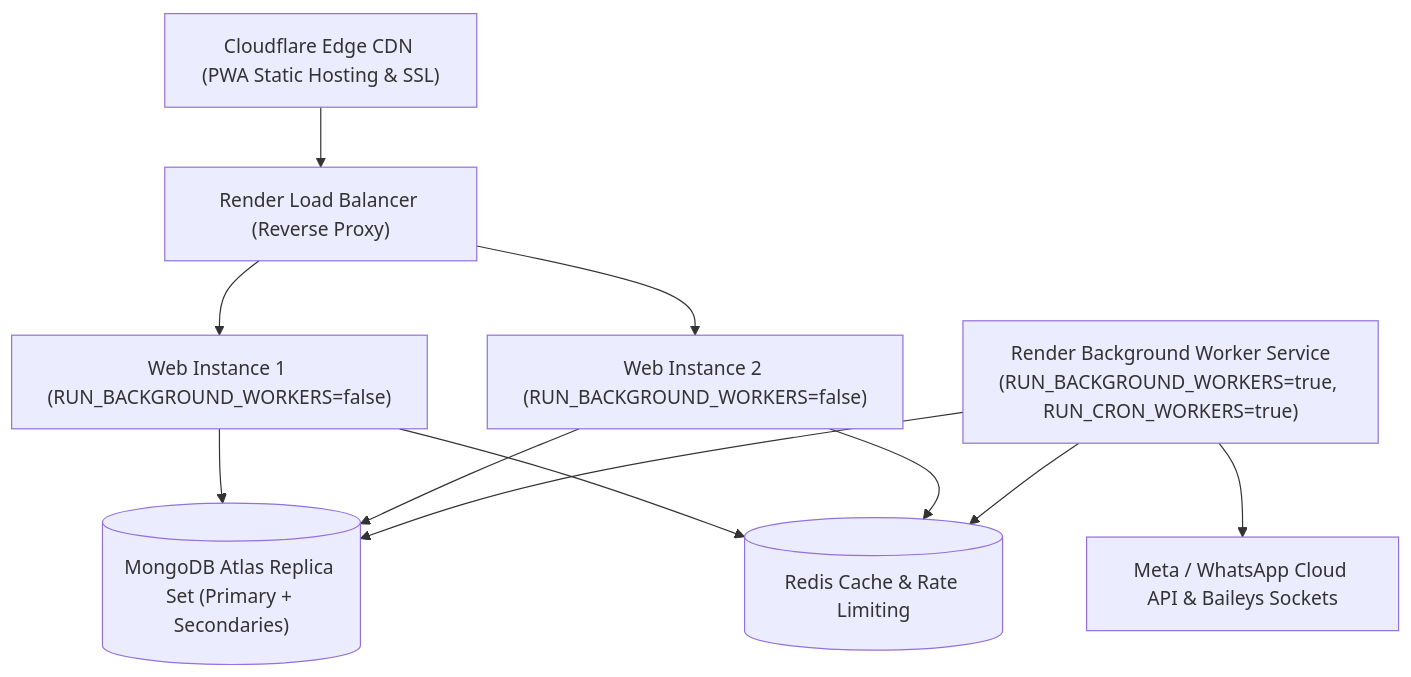
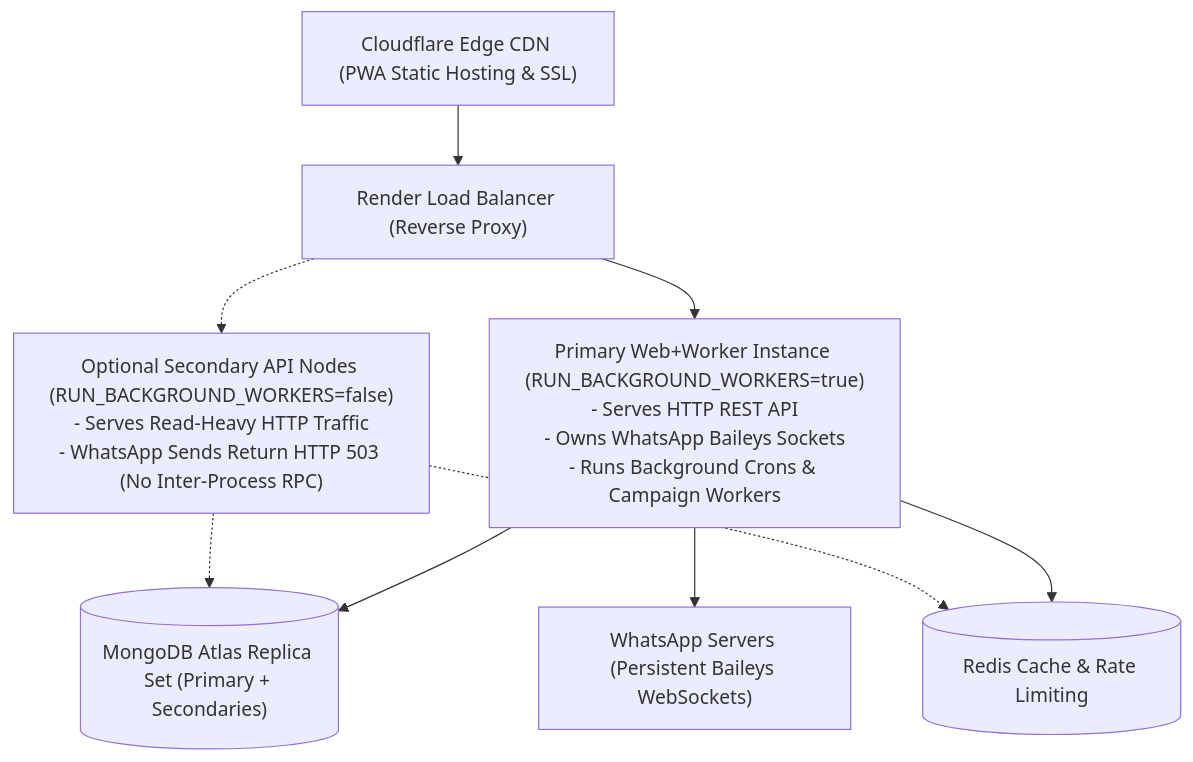
One commit to mayalok-ventures/const-crm-software changed the first of 2 diagrams in docs/PRODUCTION_RUNBOOK.md. Above: the diagram before and after it, drawn with Mermaid. The commit also changed other lines of this file and 3 other files, not shown here.

````diff
--- a/docs/PRODUCTION_RUNBOOK.md
+++ b/docs/PRODUCTION_RUNBOOK.md
@@ -14,14 +14,12 @@
 ```mermaid
 flowchart TD
     CF["Cloudflare Edge CDN (PWA Static Hosting & SSL)"] --> ALB["Render Load Balancer (Reverse Proxy)"]
-    ALB --> WEB1["Web Instance 1 (RUN_BACKGROUND_WORKERS=false)"]
-    ALB --> WEB2["Web Instance 2 (RUN_BACKGROUND_WORKERS=false)"]
-    WEB1 --> ATLAS[("MongoDB Atlas Replica Set (Primary + Secondaries)")]
-    WEB2 --> ATLAS
-    WEB1 --> REDIS[("Redis Cache & Rate Limiting")]
-    WEB2 --> REDIS
+    ALB --> MAIN["Primary Web+Worker Instance (RUN_BACKGROUND_WORKERS=true)\n- Serves HTTP REST API\n- Owns WhatsApp Baileys Sockets\n- Runs Background Crons & Campaign Workers"]
+    MAIN --> ATLAS[("MongoDB Atlas Replica Set (Primary + Secondaries)")]
+    MAIN --> REDIS[("Redis Cache & Rate Limiting")]
+    MAIN --> WA["WhatsApp Servers (Persistent Baileys WebSockets)"]
 
-    WORKER["Render Background Worker Service\n(RUN_BACKGROUND_WORKERS=true, RUN_CRON_WORKERS=true)"] --> ATLAS
-    WORKER --> REDIS
-    WORKER --> WA["Meta / WhatsApp Cloud API & Baileys Sockets"]
+    ALB -.-> API2["Optional Secondary API Nodes (RUN_BACKGROUND_WORKERS=false)\n- Serves Read-Heavy HTTP Traffic\n- WhatsApp Sends Return HTTP 503 (No Inter-Process RPC)"]
+    API2 -.-> ATLAS
+    API2 -.-> REDIS
 ```
````
